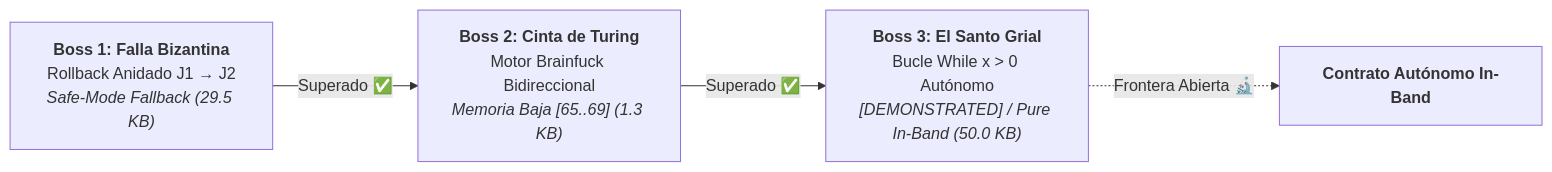
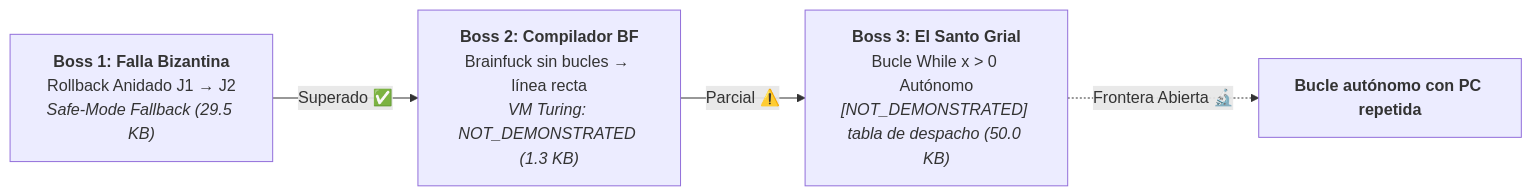
The third of 3 diagrams in README.md (DannyBaanks/Malbolge-PureEpoch), drawn with Mermaid before and after one commit. The commit also changed other lines of this file, not shown here.

````diff
--- a/README.md
+++ b/README.md
@@ -203,10 +203,10 @@
 ```mermaid
 flowchart LR
   B1["<b>Boss 1: Falla Bizantina</b><br/>Rollback Anidado J1 → J2<br/><i>Safe-Mode Fallback (29.5 KB)</i>"]
-  B2["<b>Boss 2: Cinta de Turing</b><br/>Motor Brainfuck Bidireccional<br/><i>Memoria Baja [65..69] (1.3 KB)</i>"]
-  B3["<b>Boss 3: El Santo Grial</b><br/>Bucle While x > 0 Autónomo<br/><i>[DEMONSTRATED] / Pure In-Band (50.0 KB)</i>"]
+  B2["<b>Boss 2: Compilador BF</b><br/>Brainfuck sin bucles → línea recta<br/><i>VM Turing: NOT_DEMONSTRATED (1.3 KB)</i>"]
+  B3["<b>Boss 3: El Santo Grial</b><br/>Bucle While x > 0 Autónomo<br/><i>[NOT_DEMONSTRATED] tabla de despacho (50.0 KB)</i>"]
 
   B1 -->|Superado ✅| B2
-  B2 -->|Superado ✅| B3
-  B3 -.->|Frontera Abierta 🔬| OBJETIVO["<b>Contrato Autónomo In-Band</b>"]
+  B2 -->|Parcial ⚠️| B3
+  B3 -.->|Frontera Abierta 🔬| OBJETIVO["<b>Bucle autónomo con PC repetida</b>"]
 ```
````
